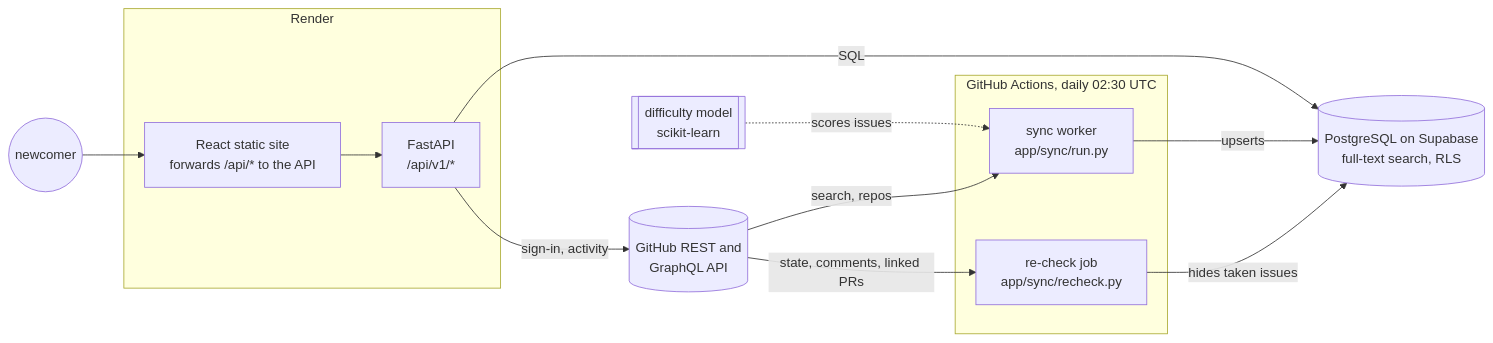
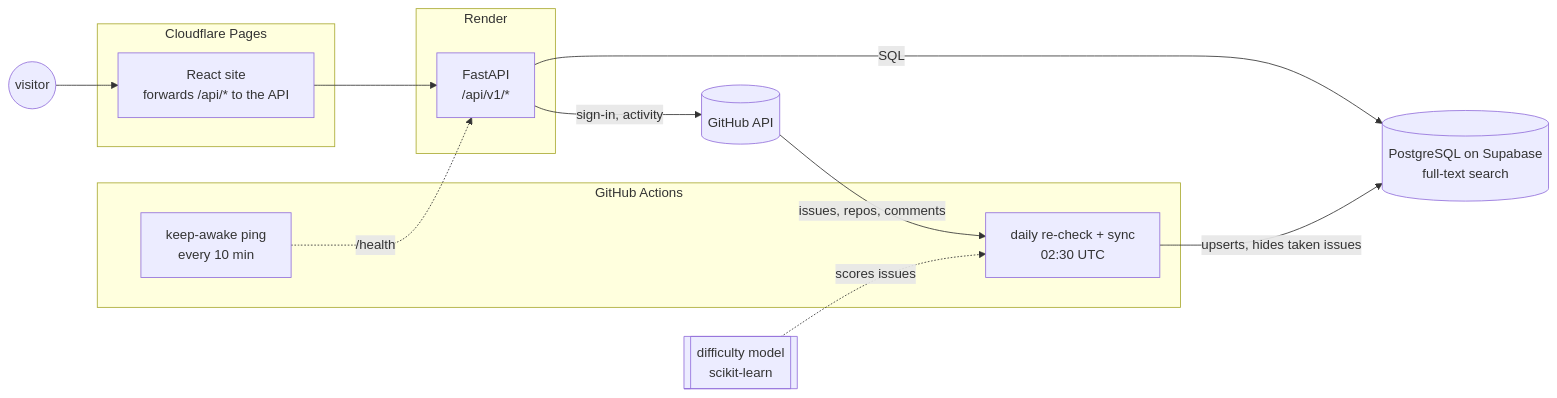
Before and after one commit to Shadab-4123/FirstPR: the diagram in README.md, drawn with Mermaid. The commit also changed other lines of this file, not shown here.

Commit message:
Shorten the README and update the architecture diagram

````diff
--- a/README.md
+++ b/README.md
@@ -51,24 +18,25 @@
 ```mermaid
 flowchart LR
-    GH[(GitHub REST and<br/>GraphQL API)]
-    subgraph Actions["GitHub Actions, daily 02:30 UTC"]
-        SYNC[sync worker<br/>app/sync/run.py]
-        RECHECK[re-check job<br/>app/sync/recheck.py]
+    USER((visitor))
+    subgraph CF["Cloudflare Pages"]
+        WEB["React site<br/>forwards /api/* to the API"]
     end
-    DB[(PostgreSQL on Supabase<br/>full-text search, RLS)]
     subgraph Render
         API["FastAPI<br/>/api/v1/*"]
-        WEB["React static site<br/>forwards /api/* to the API"]
     end
+    DB[(PostgreSQL on Supabase<br/>full-text search)]
+    subgraph Actions["GitHub Actions"]
+        JOBS["daily re-check + sync<br/>02:30 UTC"]
+        PING["keep-awake ping<br/>every 10 min"]
+    end
+    GH[(GitHub API)]
     MODEL[[difficulty model<br/>scikit-learn]]
-    USER((newcomer))
 
-    GH -- search, repos --> SYNC
-    GH -- state, comments, linked PRs --> RECHECK
-    MODEL -. scores issues .-> SYNC
-    SYNC -- upserts --> DB
-    RECHECK -- hides taken issues --> DB
+    USER --> WEB --> API
     API -- SQL --> DB
     API -- sign-in, activity --> GH
-    USER --> WEB --> API
+    GH -- issues, repos, comments --> JOBS
+    MODEL -. scores issues .-> JOBS
+    JOBS -- upserts, hides taken issues --> DB
+    PING -. /health .-> API
 ```
````
